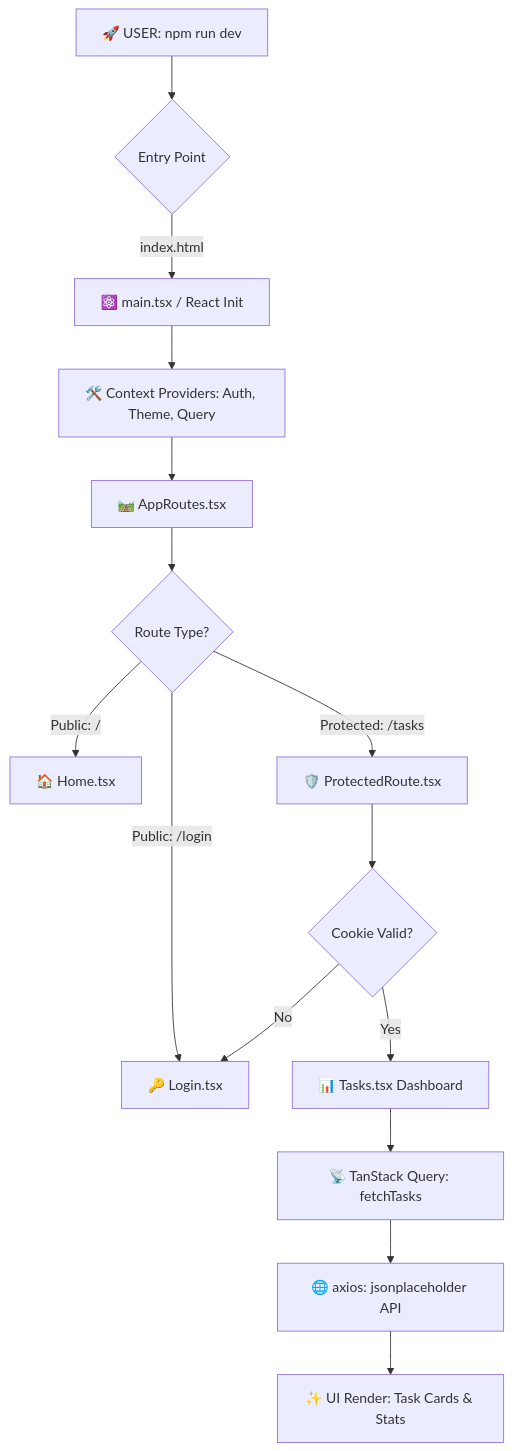
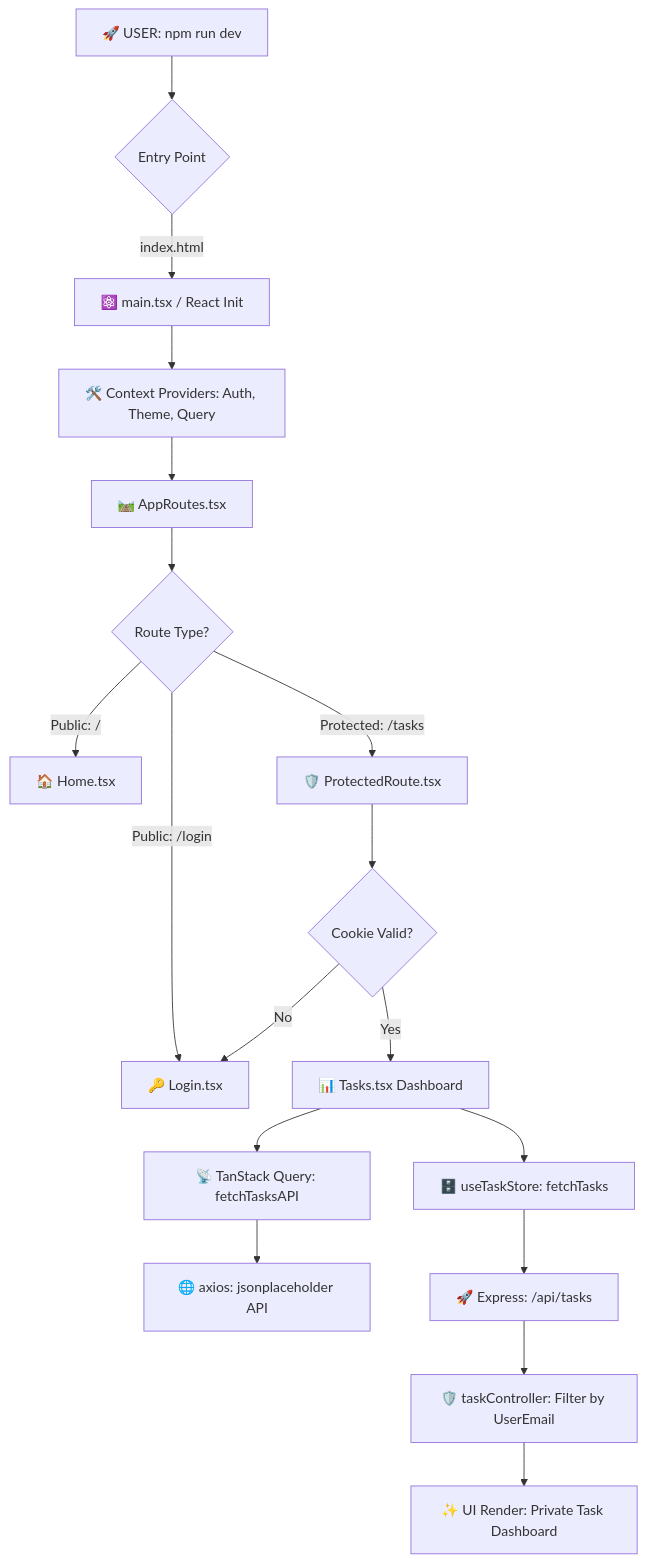
Before and after one commit to Dhayananth1511/Presidio-Intern-Week3-HandsOn-Project: the second of 2 diagrams in task-manager(Hands On)/README.md, drawn with Mermaid. The commit also changed other lines of this file, not shown here.

````diff
--- a/task-manager(Hands On)/README.md
+++ b/task-manager(Hands On)/README.md
@@ -220,20 +235,23 @@
 ```mermaid
 graph TD
     A[🚀 USER: npm run dev] --> B{Entry Point}
     B -->|index.html| C[⚛️ main.tsx / React Init]
     C --> D[🛠️ Context Providers: Auth, Theme, Query]
     D --> E[🛤️ AppRoutes.tsx]
     
     E --> F{Route Type?}
     F -->|Public: /| G[🏠 Home.tsx]
     F -->|Public: /login| H[🔑 Login.tsx]
     
     F -->|Protected: /tasks| I[🛡️ ProtectedRoute.tsx]
     I --> J{Cookie Valid?}
     J -->|No| H
     J -->|Yes| K[📊 Tasks.tsx Dashboard]
     
-    K --> L[📡 TanStack Query: fetchTasks]
+    K --> L[📡 TanStack Query: fetchTasksAPI]
     L --> M[🌐 axios: jsonplaceholder API]
-    M --> N[✨ UI Render: Task Cards & Stats]
+    K --> O[🗄️ useTaskStore: fetchTasks]
+    O --> P[🚀 Express: /api/tasks]
+    P --> Q[🛡️ taskController: Filter by UserEmail]
+    Q --> N[✨ UI Render: Private Task Dashboard]
 ```
````
